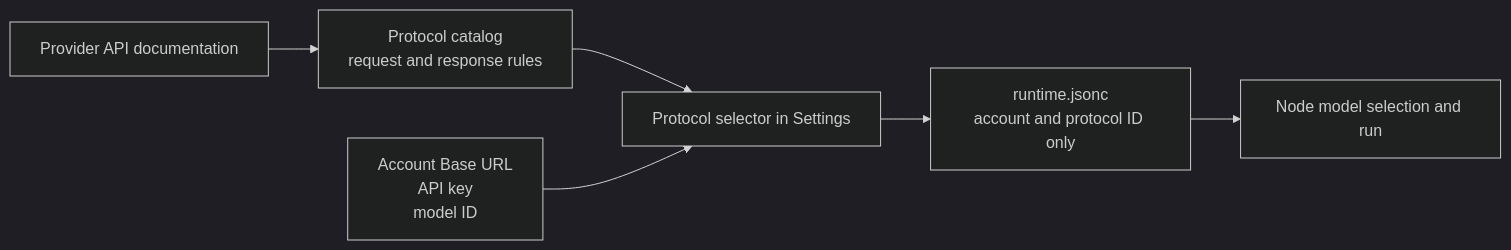
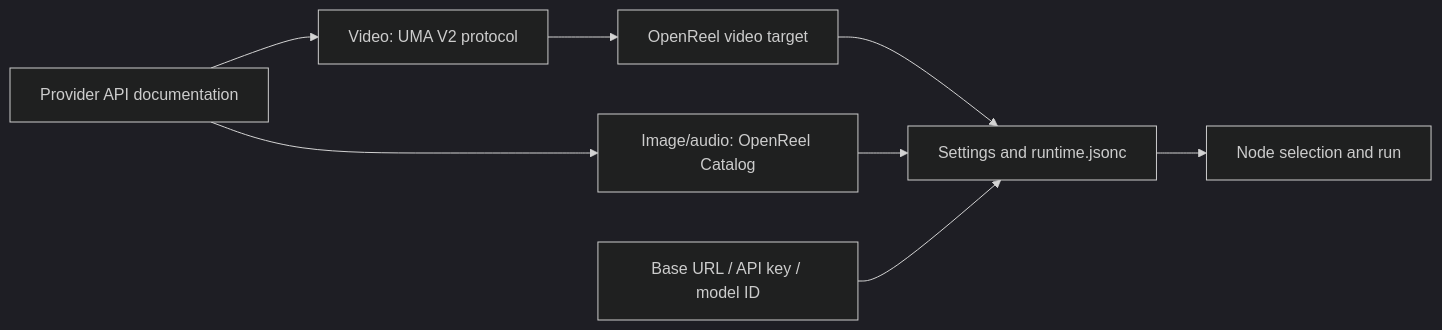
One commit to yutianxiao6/openreel-studio changed the first of 2 diagrams in docs/en/model-providers.md. Above: the diagram before and after it, drawn with Mermaid (dark theme). The commit also changed other lines of this file and 10 other files, not shown here.

Commit message:
docs: move video protocol guide to UMA submodule

````diff
--- a/docs/en/model-providers.md
+++ b/docs/en/model-providers.md
@@ -20,8 +25,10 @@
 ```mermaid
 flowchart LR
-  A[Provider API documentation] --> B[Protocol catalog<br/>request and response rules]
-  B --> C[Protocol selector in Settings]
-  D[Account Base URL<br/>API key<br/>model ID] --> C
-  C --> E[runtime.jsonc<br/>account and protocol ID only]
-  E --> F[Node model selection and run]
+  A[Provider API documentation] --> B[Video: UMA V2 protocol]
+  A --> C[Image/audio: OpenReel Catalog]
+  B --> D[OpenReel video target]
+  D --> E[Settings and runtime.jsonc]
+  C --> E
+  F[Base URL / API key / model ID] --> E
+  E --> G[Node selection and run]
 ```
````
